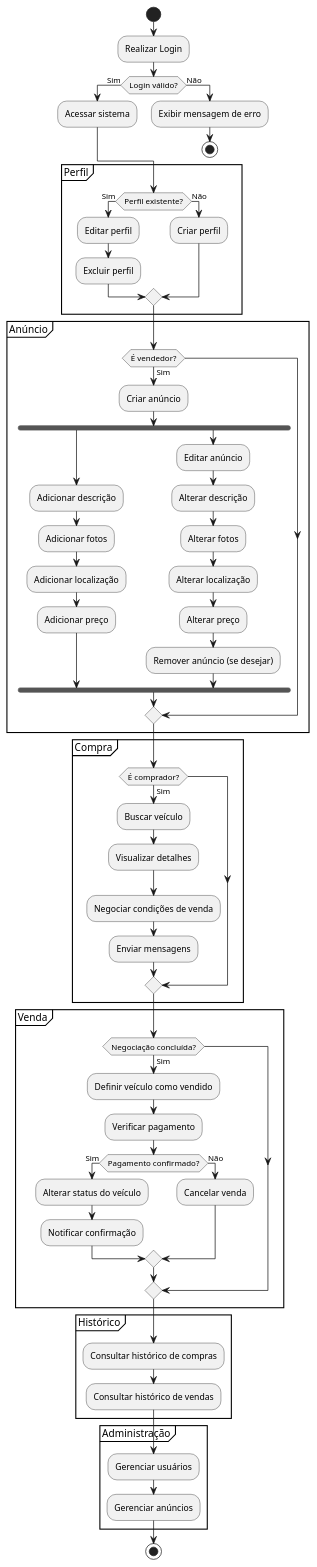
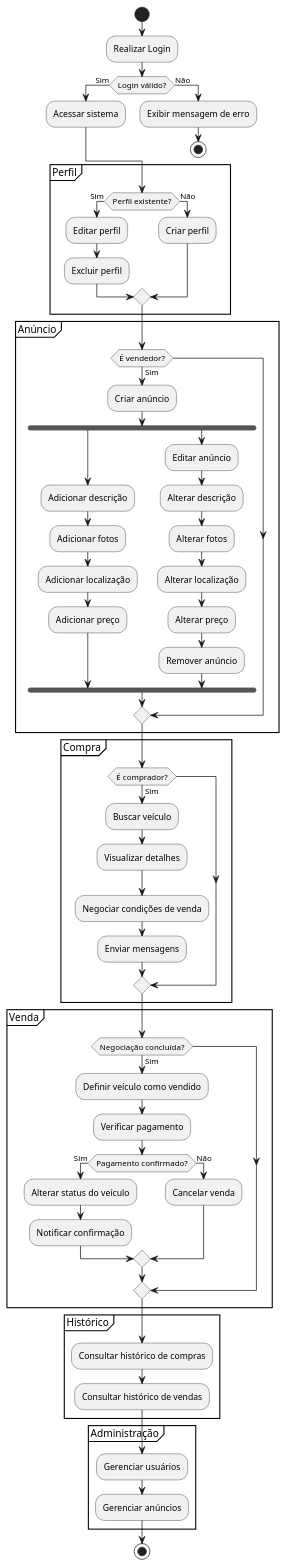
One commit to guilhermeoliveirateo/sistema-compra-venda-veiculos changed the diagram in diagrama_atividade.md. Above: the diagram before and after it, drawn with PlantUML.

````diff
--- a/diagrama_atividade.md
+++ b/diagrama_atividade.md
@@ -10,77 +10,77 @@
 ``` plantuml
 @startuml
 
 |Usuário|
 start
 :Realizar Login;
 if (Login válido?) then (Sim)
     :Acessar sistema;
 else (Não)
     :Exibir mensagem de erro;
     stop
 endif
 
 partition Perfil {
     if (Perfil existente?) then (Sim)
         :Editar perfil;
         :Excluir perfil;
     else (Não)
         :Criar perfil;
     endif
 }
 
 partition Anúncio {
     if (É vendedor?) then (Sim)
         :Criar anúncio;
         fork
             :Adicionar descrição;
             :Adicionar fotos;
             :Adicionar localização;
             :Adicionar preço;
         fork again
             :Editar anúncio;
             :Alterar descrição;
             :Alterar fotos;
             :Alterar localização;
             :Alterar preço;
-            :Remover anúncio (se desejar);
+            :Remover anúncio;
         end fork
     endif
 }
 
 partition Compra {
     if (É comprador?) then (Sim)
         :Buscar veículo;
         :Visualizar detalhes;
         :Negociar condições de venda;
         :Enviar mensagens;
     endif
 }
 
 partition Venda {
     if (Negociação concluída?) then (Sim)
         :Definir veículo como vendido;
         :Verificar pagamento;
         if (Pagamento confirmado?) then (Sim)
             :Alterar status do veículo;
             :Notificar confirmação;
         else (Não)
             :Cancelar venda;
         endif
     endif
 }
 
 partition Histórico {
     :Consultar histórico de compras;
     :Consultar histórico de vendas;
 }
 
 partition Administração {
     :Gerenciar usuários;
     :Gerenciar anúncios;
 }
 
 stop
 
 @enduml
 ```
````
